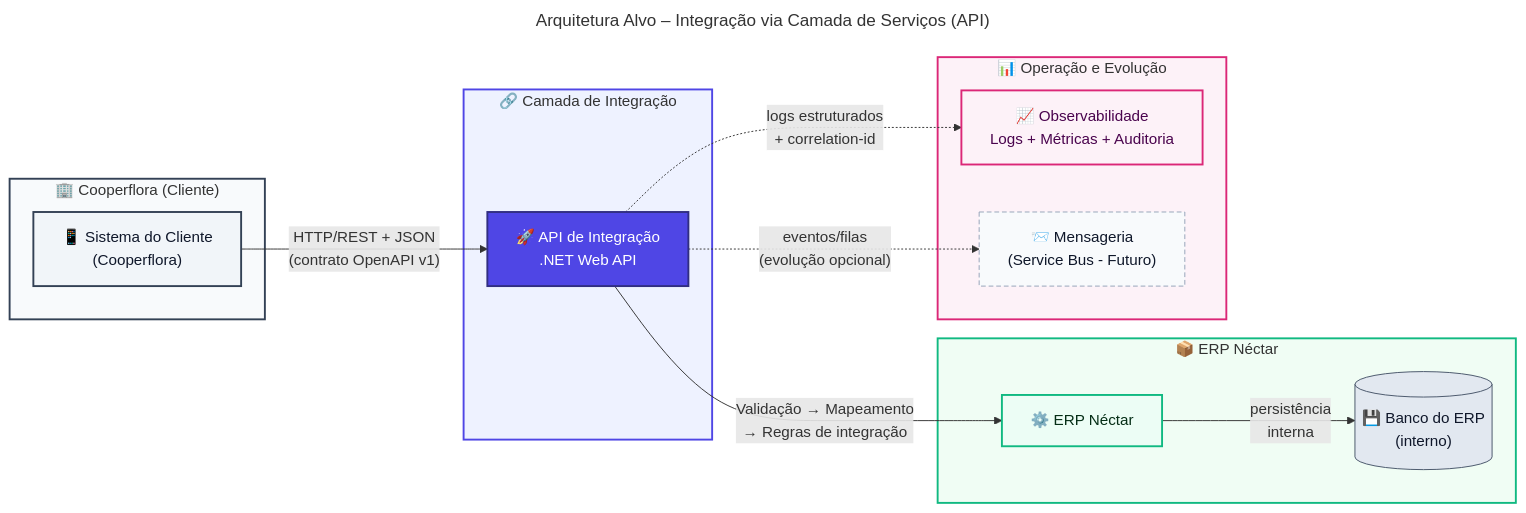
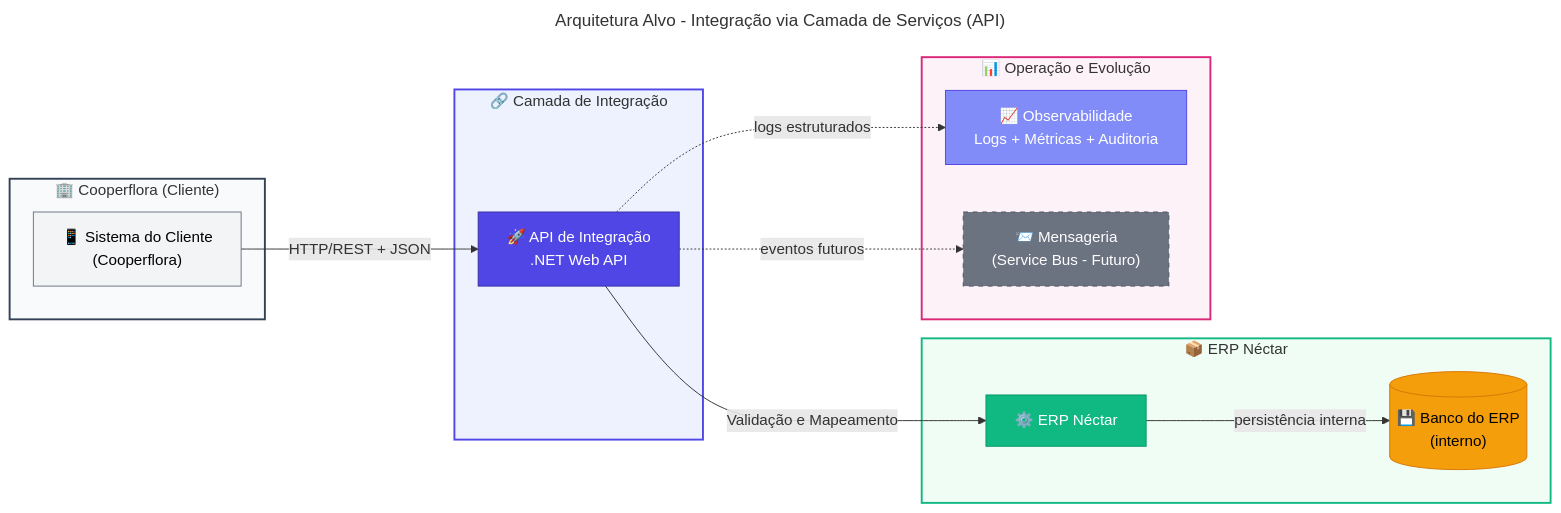
Before and after one commit to Evilazaro/Azure-LogicApps-Monitoring: the first of 14 diagrams in docs/planoProjetoModernizacao.md, drawn with Mermaid. The commit also changed other lines of this file, not shown here.

Commit message:
docs: Refine mermaid diagrams in project plan for improved clarity, consistency, and styling

````diff
--- a/docs/planoProjetoModernizacao.md
+++ b/docs/planoProjetoModernizacao.md
@@ -217,74 +217,58 @@
 ```mermaid
 ---
-title: "Arquitetura Alvo – Integração via Camada de Serviços (API)"
+title: Arquitetura Alvo - Integração via Camada de Serviços (API)
 ---
 flowchart LR
-  %% ═══════════════════════════════════════════════════════════════
-  %% DIAGRAMA: Arquitetura alvo (TO-BE)
-  %% PROPÓSITO: Documentar o modelo moderno de integração baseado em
-  %%            API REST com contratos OpenAPI, observabilidade e
-  %%            preparação para evolução event-driven
-  %% ═══════════════════════════════════════════════════════════════
+  %% ===== DEFINIÇÕES DE ESTILO =====
+  classDef primary fill:#4F46E5,stroke:#3730A3,color:#FFFFFF
+  classDef secondary fill:#10B981,stroke:#059669,color:#FFFFFF
+  classDef datastore fill:#F59E0B,stroke:#D97706,color:#000000
+  classDef external fill:#6B7280,stroke:#4B5563,color:#FFFFFF,stroke-dasharray: 5 5
+  classDef failed fill:#F44336,stroke:#C62828,color:#FFFFFF
+  classDef trigger fill:#818CF8,stroke:#4F46E5,color:#FFFFFF
+  classDef decision fill:#FFFBEB,stroke:#F59E0B,color:#000000
+  classDef input fill:#F3F4F6,stroke:#6B7280,color:#000000
 
+  %% ===== SUBGRAPH: COOPERFLORA =====
   subgraph Cooperflora ["🏢 Cooperflora (Cliente)"]
     CLIENTE["📱 Sistema do Cliente<br>(Cooperflora)"]
   end
+  style Cooperflora fill:#F8FAFC,stroke:#334155,stroke-width:2px
 
+  %% ===== SUBGRAPH: INTEGRAÇÃO =====
   subgraph Integracao ["🔗 Camada de Integração"]
     API["🚀 API de Integração<br>.NET Web API"]
   end
+  style Integracao fill:#EEF2FF,stroke:#4F46E5,stroke-width:2px
 
+  %% ===== SUBGRAPH: ERP NÉCTAR =====
   subgraph Nectar ["📦 ERP Néctar"]
     ERP["⚙️ ERP Néctar"]
     DBERP[("💾 Banco do ERP<br>(interno)")]
-    ERP -->|"persistência<br>interna"| DBERP
+    ERP -->|"persistência interna"| DBERP
   end
+  style Nectar fill:#F0FDF4,stroke:#10B981,stroke-width:2px
 
+  %% ===== SUBGRAPH: PLATAFORMA =====
   subgraph Plataforma ["📊 Operação e Evolução"]
     OBS["📈 Observabilidade<br>Logs + Métricas + Auditoria"]
     FUTURO["📨 Mensageria<br>(Service Bus - Futuro)"]
   end
+  style Plataforma fill:#FDF2F8,stroke:#DB2777,stroke-width:2px
 
-  %% Fluxo principal (síncrono)
-  CLIENTE -->|"HTTP/REST + JSON<br>(contrato OpenAPI v1)"| API
-  API -->|"Validação → Mapeamento<br>→ Regras de integração"| ERP
+  %% ===== CONEXÕES PRINCIPAIS =====
+  CLIENTE -->|"HTTP/REST + JSON"| API
+  API -->|"Validação e Mapeamento"| ERP
 
-  %% Fluxos auxiliares (observabilidade e evolução)
-  API -.->|"logs estruturados<br>+ correlation-id"| OBS
-  API -.->|"eventos/filas<br>(evolução opcional)"| FUTURO
+  %% ===== CONEXÕES AUXILIARES =====
+  API -.->|"logs estruturados"| OBS
+  API -.->|"eventos futuros"| FUTURO
 
-  %% ═══════════════════════════════════════════════════════════════
-  %% FLUXO SIMPLIFICADO
-  %% 1. Cliente envia requisição HTTP/REST para a API
-  %% 2. API valida, mapeia e aplica regras de integração
-  %% 3. API persiste no ERP (banco interno, não exposto)
-  %% 4. Observabilidade captura logs e métricas
-  %% ✅ Benefício: desacoplamento total do banco
-  %% ═══════════════════════════════════════════════════════════════
-
-  %% ═══════════════════════════════════════════════════════════════
-  %% LEGENDA DE CORES (Paleta Moderna)
-  %% - Indigo (#4F46E5): API / Camada de integração (destaque)
-  %% - Emerald (#10B981): ERP / Sistema de destino
-  %% - Pink (#DB2777): Observabilidade / Operação
-  %% - Tracejado: Componentes opcionais/futuros
-  %% ═══════════════════════════════════════════════════════════════
-  classDef client fill:#F1F5F9,stroke:#334155,color:#0F172A,stroke-width:2px;
-  classDef api fill:#4F46E5,stroke:#312E81,color:#FFFFFF,stroke-width:2px;
-  classDef erp fill:#ECFDF5,stroke:#10B981,color:#052E16,stroke-width:2px;
-  classDef datastore fill:#E2E8F0,stroke:#475569,color:#0F172A,stroke-width:1px;
-  classDef obs fill:#FDF2F8,stroke:#DB2777,color:#4A044E,stroke-width:2px;
-  classDef optional fill:#F8FAFC,stroke:#94A3B8,color:#0F172A,stroke-width:1px,stroke-dasharray: 5 3;
-
-  class CLIENTE client
-  class API api
-  class ERP erp
+  %% ===== APLICAÇÃO DE ESTILOS =====
+  class CLIENTE input
+  class API primary
+  class ERP secondary
   class DBERP datastore
-  class OBS obs
-  class FUTURO optional
-
-  style Cooperflora fill:#F8FAFC,stroke:#334155,stroke-width:2px
-  style Integracao fill:#EEF2FF,stroke:#4F46E5,stroke-width:2px
-  style Nectar fill:#F0FDF4,stroke:#10B981,stroke-width:2px
-  style Plataforma fill:#FDF2F8,stroke:#DB2777,stroke-width:2px
+  class OBS trigger
+  class FUTURO external
 ```
````
